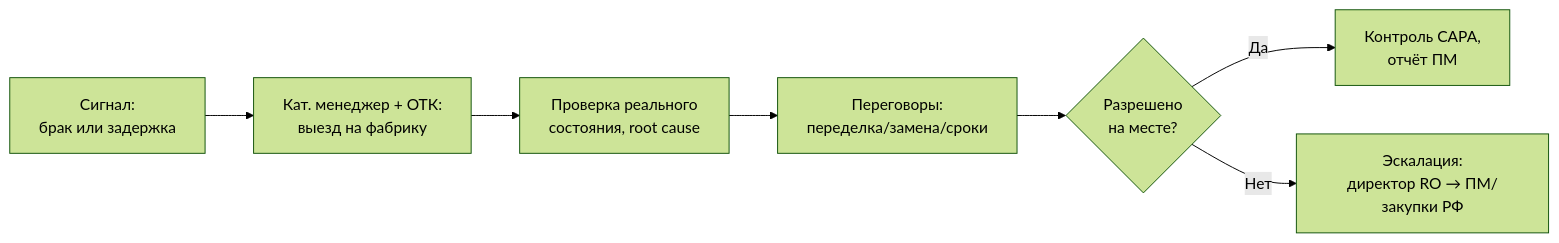
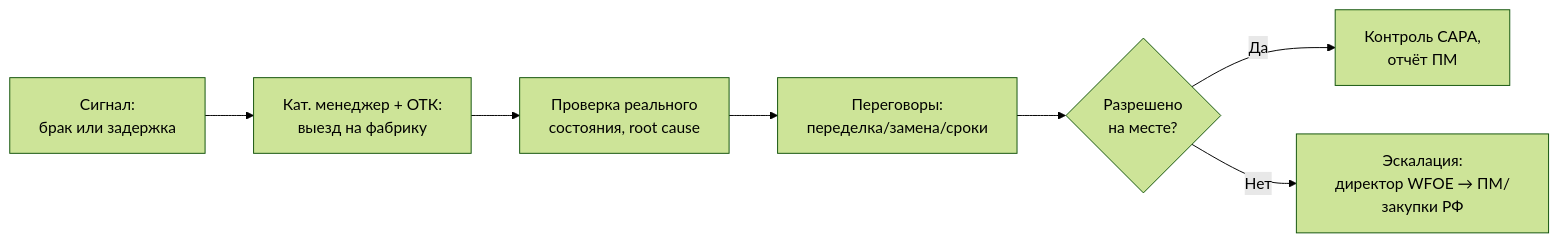
Before and after one commit to SinopticsVit/resume: the fourth of 8 diagrams in representative in china DM/representation/office_setup/05_horizontal_interactions_moscow.md, drawn with Mermaid (forest theme). The commit also changed other lines of this file and 62 other files, not shown here.

````diff
--- a/representative in china DM/representation/office_setup/05_horizontal_interactions_moscow.md
+++ b/representative in china DM/representation/office_setup/05_horizontal_interactions_moscow.md
@@ -95,9 +105,9 @@
 ```mermaid
 flowchart LR
     C1["Сигнал:<br/>брак или задержка"] --> C2["Кат. менеджер + ОТК:<br/>выезд на фабрику"]
     C2 --> C3["Проверка реального<br/>состояния, root cause"]
     C3 --> C4["Переговоры:<br/>переделка/замена/сроки"]
     C4 --> C5{"Разрешено<br/>на месте?"}
     C5 -->|"Да"| C6["Контроль CAPA,<br/>отчёт ПМ"]
-    C5 -->|"Нет"| C7["Эскалация:<br/>директор RO → ПМ/закупки РФ"]
+    C5 -->|"Нет"| C7["Эскалация:<br/>директор WFOE → ПМ/закупки РФ"]
 ```
````
